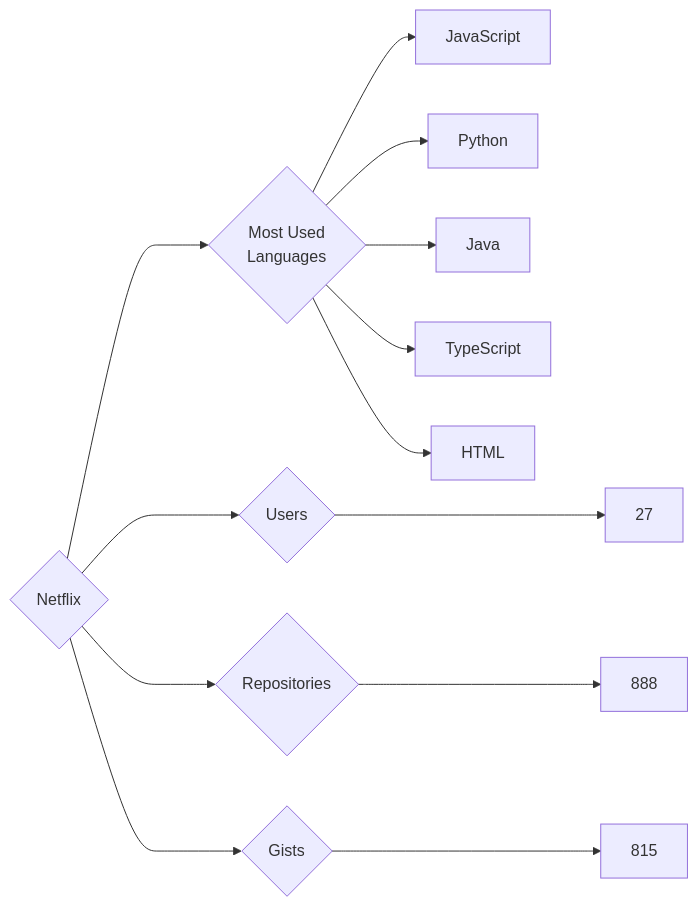
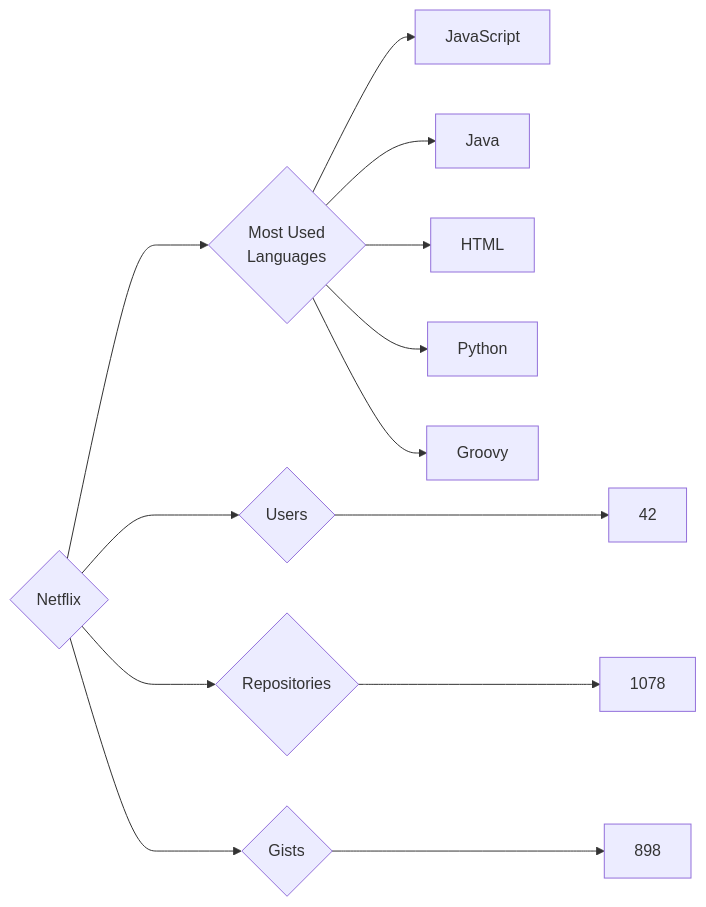
Before and after one commit to trickest/insiders: the diagram in targets/Netflix/README.md, drawn with Mermaid. The commit also changed 806 other files, not shown here.

````diff
--- a/targets/Netflix/README.md
+++ b/targets/Netflix/README.md
@@ -3,13 +3,13 @@
 ```mermaid
 graph LR
 COMPANY_NAME{Netflix}
-COMPANY_NAME ---> U{Users} ---> UN[27]
-COMPANY_NAME ---> R{Repositories} ---> RN[888]
-COMPANY_NAME ---> G{Gists} ---> GN[815]
+COMPANY_NAME ---> U{Users} ---> UN[42]
+COMPANY_NAME ---> R{Repositories} ---> RN[1078]
+COMPANY_NAME ---> G{Gists} ---> GN[898]
 COMPANY_NAME ---> ML{Most Used<br>Languages}
 ML --> JavaScript[JavaScript]
+ML --> Java[Java]
+ML --> HTML[HTML]
 ML --> Python[Python]
-ML --> Java[Java]
-ML --> TypeScript[TypeScript]
-ML --> HTML[HTML]
+ML --> Groovy[Groovy]
 ```
````
